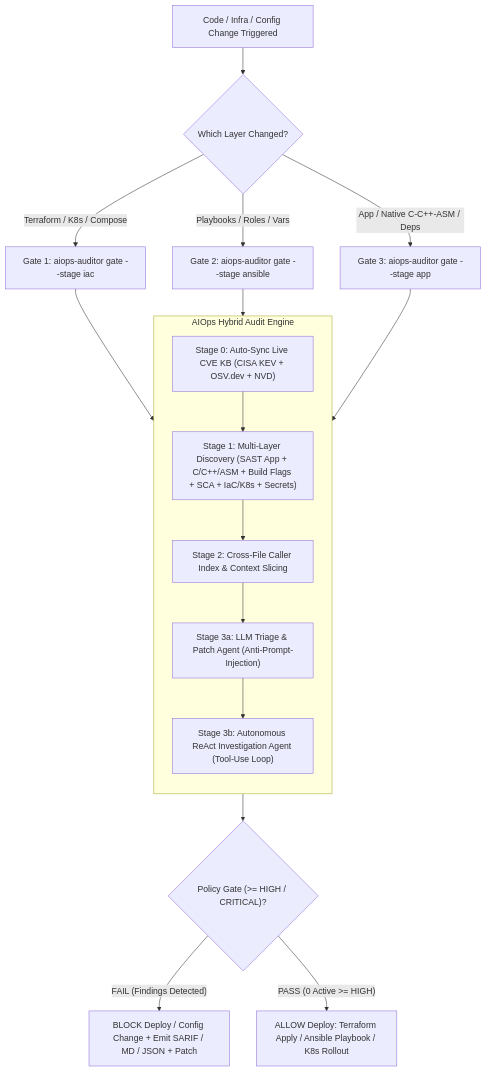
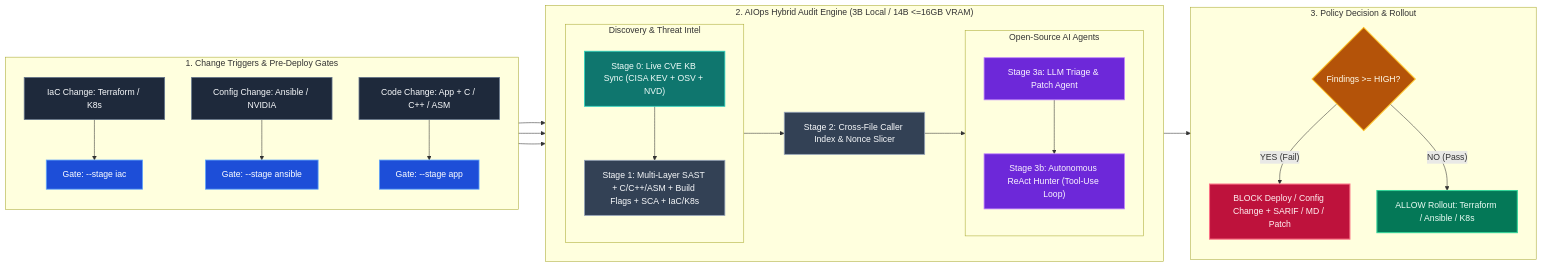
One commit to Fierda/aiops-infra-auditor changed the first of 2 diagrams in README.md. Above: the diagram before and after it, drawn with Mermaid. The commit also changed other lines of this file, not shown here.

Commit message:
docs: upgrade README Mermaid workflow charts to wide LR layout with color-coded stages

````diff
--- a/README.md
+++ b/README.md
@@ -11,26 +11,50 @@
 ```mermaid
-flowchart TD
-    CHG["Code / Infra / Config Change Triggered"] --> SPLIT{"Which Layer Changed?"}
+flowchart LR
+    classDef trigger fill:#1e293b,stroke:#64748b,stroke-width:1.5px,color:#f8fafc
+    classDef gate fill:#1d4ed8,stroke:#60a5fa,stroke-width:1.5px,color:#ffffff
+    classDef intel fill:#0f766e,stroke:#2dd4bf,stroke-width:1.5px,color:#f0fdfa
+    classDef scanner fill:#334155,stroke:#94a3b8,stroke-width:1.5px,color:#f8fafc
+    classDef ai fill:#6d28d9,stroke:#c084fc,stroke-width:1.5px,color:#faf5ff
+    classDef decision fill:#b45309,stroke:#fbbf24,stroke-width:2px,color:#fffbeb
+    classDef block fill:#be123c,stroke:#fb7185,stroke-width:2px,color:#fff1f2
+    classDef allow fill:#047857,stroke:#34d399,stroke-width:2px,color:#ecfdf5
 
-    SPLIT -->|Terraform / K8s / Compose| G_IAC["Gate 1: aiops-auditor gate --stage iac"]
-    SPLIT -->|Playbooks / Roles / Vars| G_ANS["Gate 2: aiops-auditor gate --stage ansible"]
-    SPLIT -->|App / Native C-C++-ASM / Deps| G_APP["Gate 3: aiops-auditor gate --stage app"]
-
-    G_IAC --> ENGINE["AIOps Hybrid Audit Engine"]
-    G_ANS --> ENGINE
-    G_APP --> ENGINE
-
-    subgraph ENGINE ["AIOps Hybrid Audit Engine"]
+    subgraph TRIGGERS ["1. Change Triggers & Pre-Deploy Gates"]
         direction TB
-        SYNC["Stage 0: Auto-Sync Live CVE KB (CISA KEV + OSV.dev + NVD)"]
-        STATIC["Stage 1: Multi-Layer Discovery (SAST App + C/C++/ASM + Build Flags + SCA + IaC/K8s + Secrets)"]
-        SLICE["Stage 2: Cross-File Caller Index & Context Slicing"]
-        TRIAGE["Stage 3a: LLM Triage & Patch Agent (Anti-Prompt-Injection)"]
-        REACT["Stage 3b: Autonomous ReAct Investigation Agent (Tool-Use Loop)"]
-        SYNC --> STATIC --> SLICE --> TRIAGE --> REACT
+        T1["IaC Change: Terraform / K8s"]:::trigger --> G1["Gate: --stage iac"]:::gate
+        T2["Config Change: Ansible / NVIDIA"]:::trigger --> G2["Gate: --stage ansible"]:::gate
+        T3["Code Change: App + C / C++ / ASM"]:::trigger --> G3["Gate: --stage app"]:::gate
     end
 
-    REACT --> POLICY{"Policy Gate (>= HIGH / CRITICAL)?"}
-    POLICY -->|"FAIL (Findings Detected)"| BLOCK["BLOCK Deploy / Config Change + Emit SARIF / MD / JSON + Patch"]
-    POLICY -->|"PASS (0 Active >= HIGH)"| DEPLOY["ALLOW Deploy: Terraform Apply / Ansible Playbook / K8s Rollout"]
+    subgraph ENGINE ["2. AIOps Hybrid Audit Engine (3B Local / 14B <=16GB VRAM)"]
+        direction LR
+        subgraph DISCOVERY ["Discovery & Threat Intel"]
+            direction TB
+            KB["Stage 0: Live CVE KB Sync (CISA KEV + OSV + NVD)"]:::intel
+            S1["Stage 1: Multi-Layer SAST + C/C++/ASM + Build Flags + SCA + IaC/K8s"]:::scanner
+            KB --> S1
+        end
+        SLICE["Stage 2: Cross-File Caller Index & Nonce Slicer"]:::scanner
+        subgraph AGENTS ["Open-Source AI Agents"]
+            direction TB
+            A1["Stage 3a: LLM Triage & Patch Agent"]:::ai
+            A2["Stage 3b: Autonomous ReAct Hunter (Tool-Use Loop)"]:::ai
+            A1 --> A2
+        end
+        S1 --> SLICE --> A1
+    end
+
+    subgraph OUTCOME ["3. Policy Decision & Rollout"]
+        direction TB
+        POL{"Findings >= HIGH?"}:::decision
+        BLK["BLOCK Deploy / Config Change + SARIF / MD / Patch"]:::block
+        OK["ALLOW Rollout: Terraform / Ansible / K8s"]:::allow
+        POL -->|"YES (Fail)"| BLK
+        POL -->|"NO (Pass)"| OK
+    end
+
+    G1 --> S1
+    G2 --> S1
+    G3 --> S1
+    A2 --> POL
 ```
````
